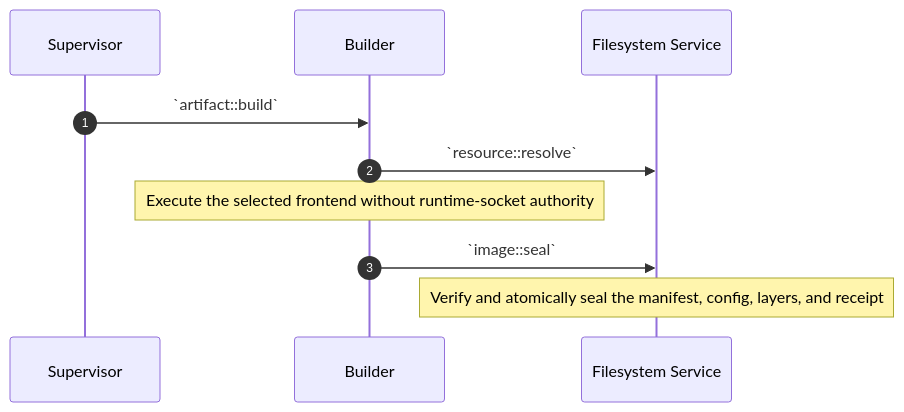
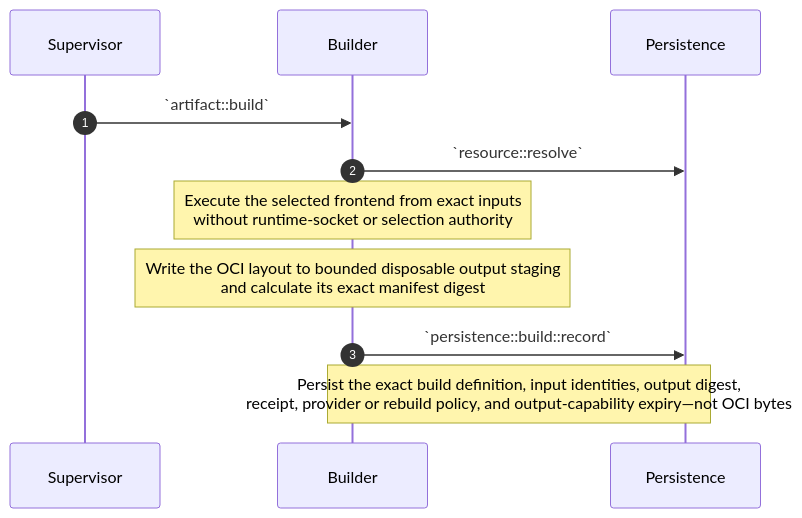
One commit to dreamcatcher-tech/chambers-lifecycle-explorer changed the eighth of 12 diagrams in source/chambers-lifecycle-sequences.md. Above: the diagram before and after it, drawn with Mermaid. The commit also changed other lines of this file and 8 other files, not shown here.

Commit message:
docs: project Persistence and disposable OCI

````diff
--- a/source/chambers-lifecycle-sequences.md
+++ b/source/chambers-lifecycle-sequences.md
@@ -859,13 +997,14 @@
 ```mermaid
 sequenceDiagram
     autonumber
     participant Supervisor
     participant Builder
-    participant Filesystem as Filesystem Service
+    participant Persistence
 
     Supervisor->>Builder: `artifact::build`
-    Builder->>Filesystem: `resource::resolve`
-    Note over Builder: Execute the selected frontend without runtime-socket authority
-    Builder->>Filesystem: `image::seal`
-    Note over Filesystem: Verify and atomically seal the manifest, config, layers, and receipt
+    Builder->>Persistence: `resource::resolve`
+    Note over Builder: Execute the selected frontend from exact inputs<br/>without runtime-socket or selection authority
+    Note over Builder: Write the OCI layout to bounded disposable output staging<br/>and calculate its exact manifest digest
+    Builder->>Persistence: `persistence::build::record`
+    Note over Builder,Persistence: Persist the exact build definition, input identities, output digest,<br/>receipt, provider or rebuild policy, and output-capability expiry—not OCI bytes
 ```
````
